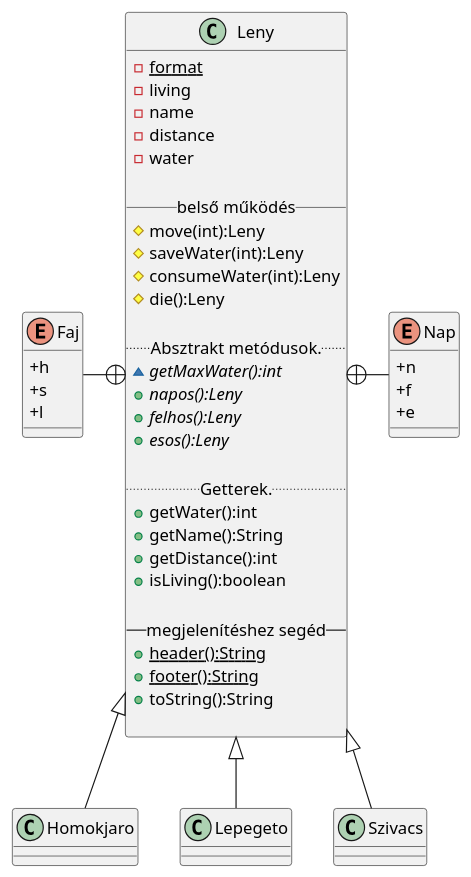
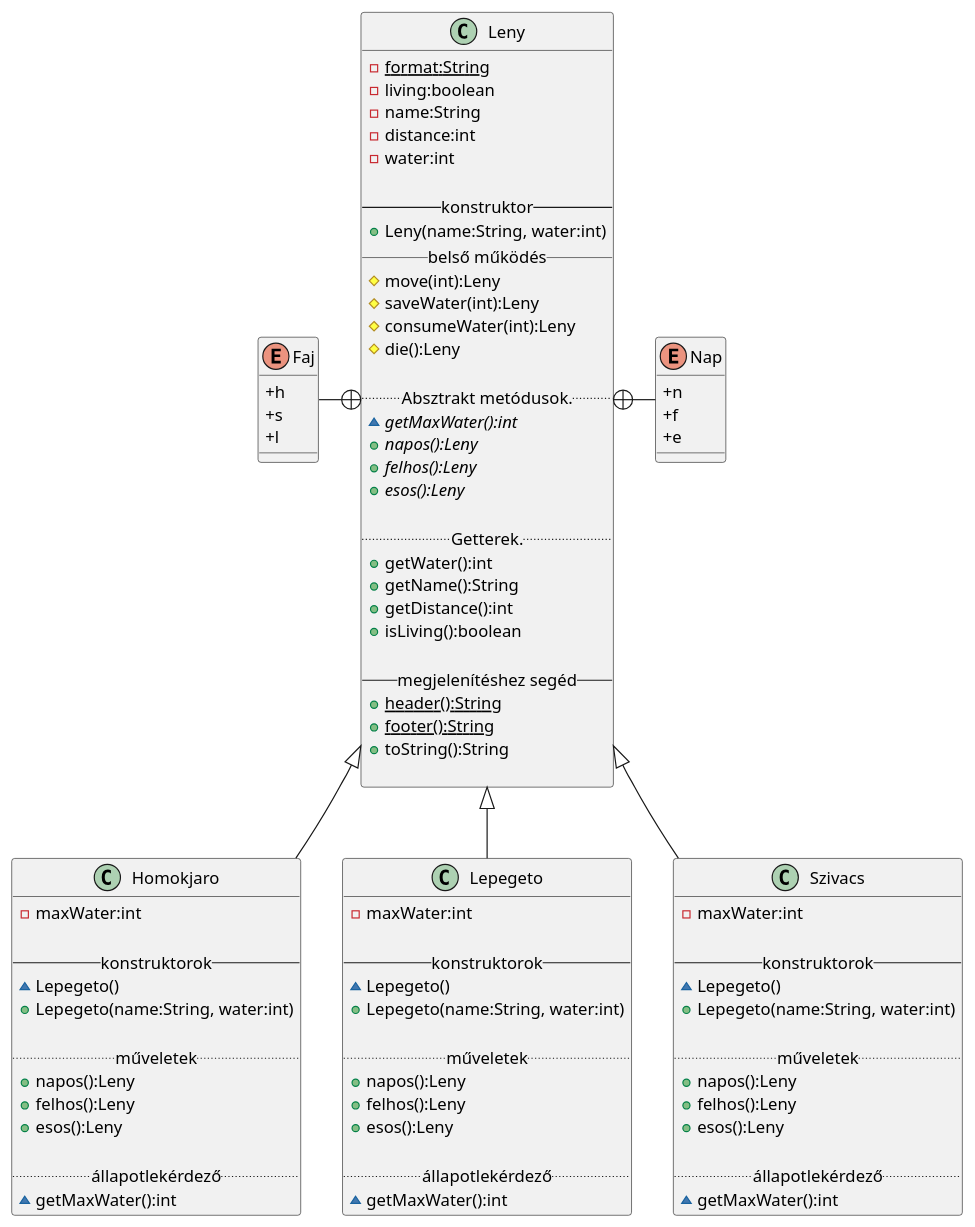
The diagram in README.org (neilus/1st_bead), drawn with PlantUML before and after one commit. The commit also changed other lines of this file and 2 other files, not shown here.

Commit message:
osztalydiagram

```diff
--- a/README.org
+++ b/README.org
@@ -77,4 +80,4 @@
-#+begin_src plantuml :file osztaly_diagramm.png
+#+begin_src plantuml :file osztaly_diagramm.png :exports results
 @startuml
 Leny <|-- Homokjaro
 Leny <|-- Lepegeto
@@ -96,12 +99,14 @@
 }
 
 class Leny {
- -{static}format
- -living
- -name
- -distance
- -water
+ -{static}format:String
+ -living:boolean
+ -name:String
+ -distance:int
+ -water:int
 
+ --konstruktor--
+ +Leny(name:String, water:int)
  __belső működés__
  #move(int):Leny
  #saveWater(int):Leny
@@ -127,5 +132,53 @@
  
 }
 
+class Lepegeto {
+ -maxWater:int
+
+ --konstruktorok--
+ ~Lepegeto()
+ +Lepegeto(name:String, water:int)
+
+ ..műveletek..
+ +napos():Leny
+ +felhos():Leny
+ +esos():Leny
+
+ ..állapotlekérdező..
+ ~getMaxWater():int
+}
+
+class Homokjaro {
+ -maxWater:int
+
+ --konstruktorok--
+ ~Lepegeto()
+ +Lepegeto(name:String, water:int)
+
+ ..műveletek..
+ +napos():Leny
+ +felhos():Leny
+ +esos():Leny
+
+ ..állapotlekérdező..
+ ~getMaxWater():int
+}
+
+class Szivacs {
+ -maxWater:int
+
+ --konstruktorok--
+ ~Lepegeto()
+ +Lepegeto(name:String, water:int)
+
+ ..műveletek..
+ +napos():Leny
+ +felhos():Leny
+ +esos():Leny
+
+ ..állapotlekérdező..
+ ~getMaxWater():int
+}
+
 @enduml
 #+end_src
```
